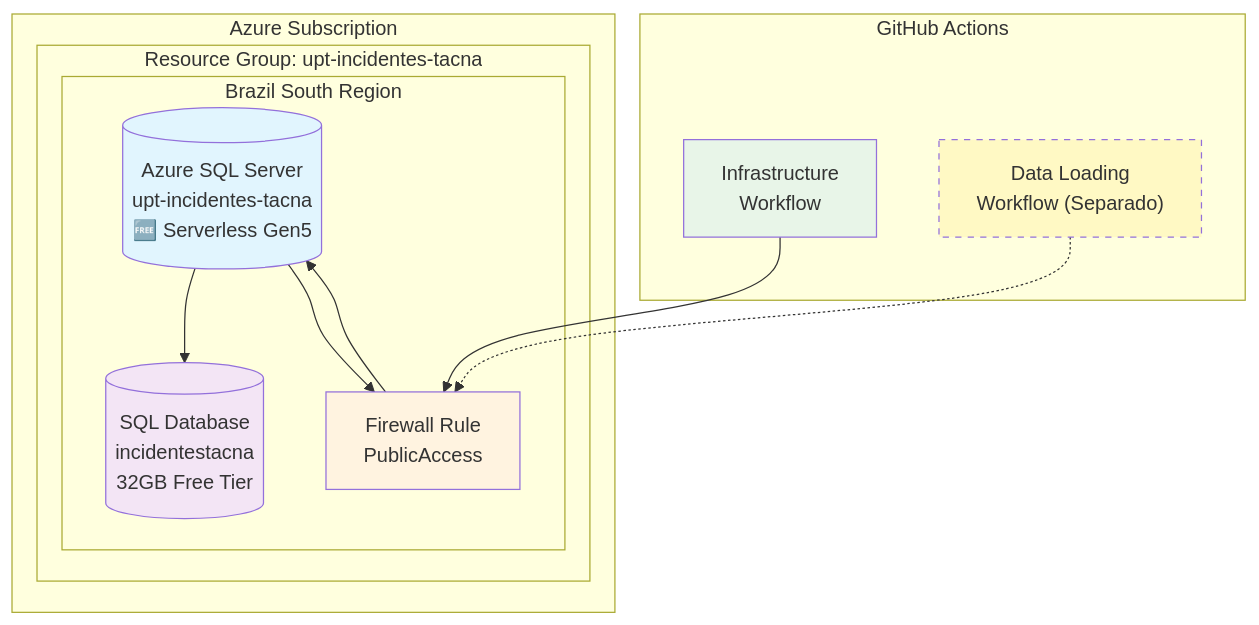
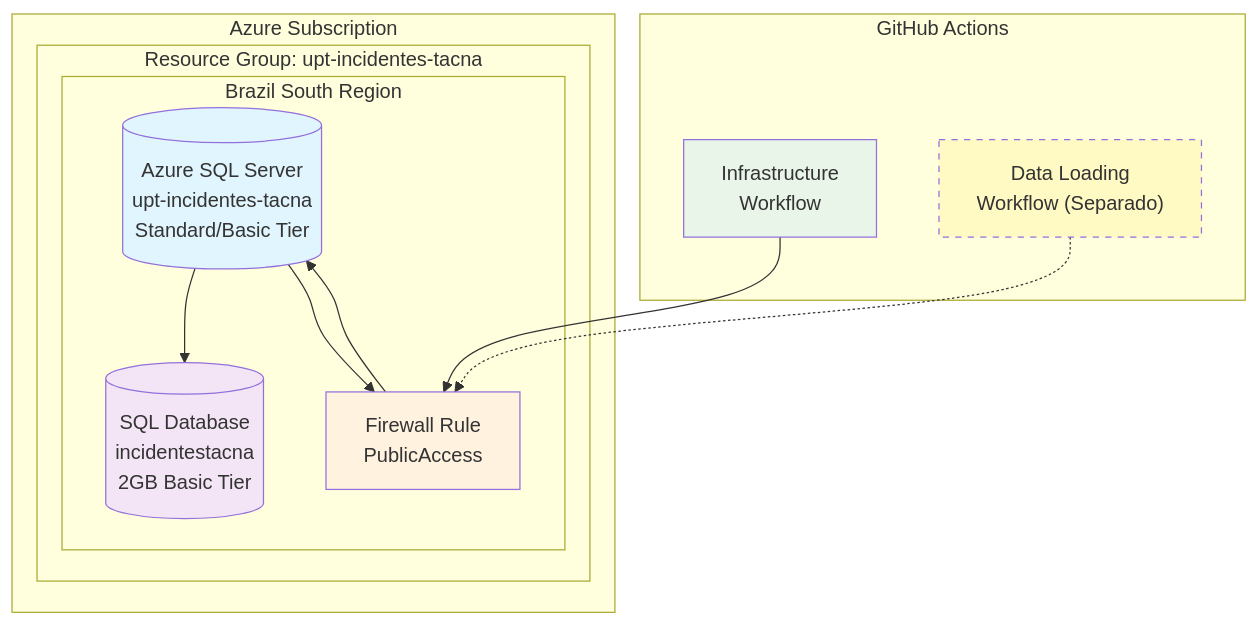
One commit to UPT-FAING-EPIS/proyecto-si885-2025-ii-u3-accidentes_automovilisticos_tacna changed the second of 2 diagrams in diagrams/infrastructure-diagram.md. Above: the diagram before and after it, drawn with Mermaid. The commit also changed other lines of this file, not shown here.

Commit message:
Auto-generate infrastructure diagram [skip ci]

````diff
--- a/diagrams/infrastructure-diagram.md
+++ b/diagrams/infrastructure-diagram.md
@@ -22,30 +22,30 @@
 ```mermaid
 graph TB
     subgraph "Azure Subscription"
         subgraph "Resource Group: upt-incidentes-tacna"
             subgraph "Brazil South Region"
-                SQL[("Azure SQL Server<br/>upt-incidentes-tacna<br/>🆓 Serverless Gen5")]
-                DB[("SQL Database<br/>incidentestacna<br/>32GB Free Tier")]
+                SQL[("Azure SQL Server<br/>upt-incidentes-tacna<br/>Standard/Basic Tier")]
+                DB[("SQL Database<br/>incidentestacna<br/>2GB Basic Tier")]
                 FW["Firewall Rule<br/>PublicAccess"]
                 
                 SQL --> DB
                 SQL --> FW
             end
         end
     end
     
     subgraph "GitHub Actions"
         WF["Infrastructure<br/>Workflow"]
         DATA["Data Loading<br/>Workflow (Separado)"]
     end
     
     WF --> FW
     DATA -.-> FW
     FW --> SQL
     
     style SQL fill:#e1f5fe
     style DB fill:#f3e5f5
     style FW fill:#fff3e0
     style WF fill:#e8f5e8
     style DATA fill:#fff9c4,stroke-dasharray: 5 5
 ```
````
